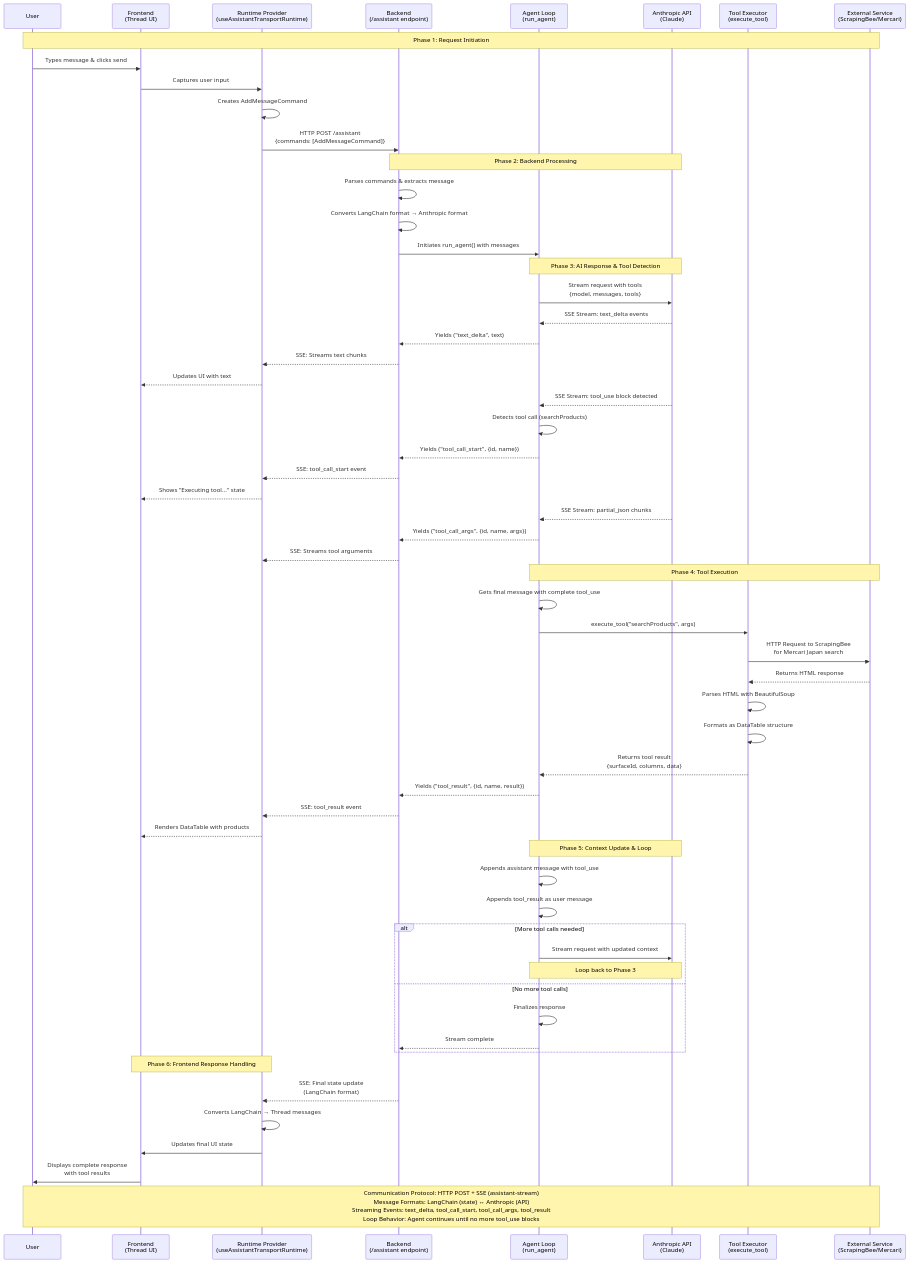
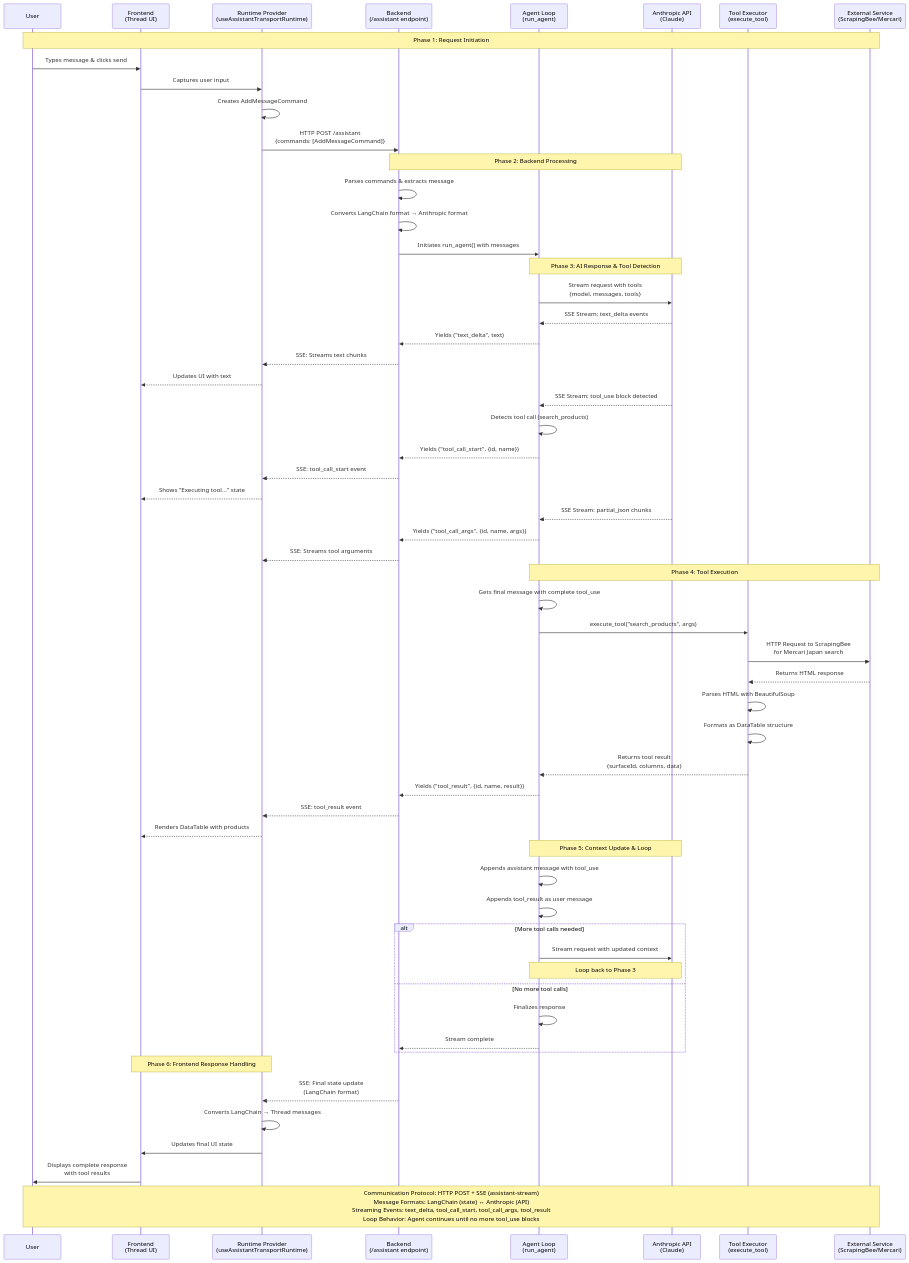
The diagram in docs/tool-call-sequence-diagram.md (anand-mekala-ur-ai/japanai-demo-app), drawn with Mermaid before and after one commit. The commit also changed other lines of this file and 10 other files, not shown here.

````diff
--- a/docs/tool-call-sequence-diagram.md
+++ b/docs/tool-call-sequence-diagram.md
@@ -21,71 +21,71 @@
 ```mermaid
 sequenceDiagram
     participant U as User
     participant FE as Frontend<br/>(Thread UI)
     participant RP as Runtime Provider<br/>(useAssistantTransportRuntime)
     participant BE as Backend<br/>(/assistant endpoint)
     participant AL as Agent Loop<br/>(run_agent)
     participant API as Anthropic API<br/>(Claude)
     participant TE as Tool Executor<br/>(execute_tool)
     participant ES as External Service<br/>(ScrapingBee/Mercari)
 
     Note over U,ES: Phase 1: Request Initiation
     U->>FE: Types message & clicks send
     FE->>RP: Captures user input
     RP->>RP: Creates AddMessageCommand
     RP->>BE: HTTP POST /assistant<br/>{commands: [AddMessageCommand]}
 
     Note over BE,API: Phase 2: Backend Processing
     BE->>BE: Parses commands & extracts message
     BE->>BE: Converts LangChain format → Anthropic format
     BE->>AL: Initiates run_agent() with messages
 
     Note over AL,API: Phase 3: AI Response & Tool Detection
     AL->>API: Stream request with tools<br/>{model, messages, tools}
     API-->>AL: SSE Stream: text_delta events
     AL-->>BE: Yields ("text_delta", text)
     BE-->>RP: SSE: Streams text chunks
     RP-->>FE: Updates UI with text
 
     API-->>AL: SSE Stream: tool_use block detected
-    AL->>AL: Detects tool call (searchProducts)
+    AL->>AL: Detects tool call (search_products)
     AL-->>BE: Yields ("tool_call_start", {id, name})
     BE-->>RP: SSE: tool_call_start event
     RP-->>FE: Shows "Executing tool..." state
 
     API-->>AL: SSE Stream: partial_json chunks
     AL-->>BE: Yields ("tool_call_args", {id, name, args})
     BE-->>RP: SSE: Streams tool arguments
 
     Note over AL,ES: Phase 4: Tool Execution
     AL->>AL: Gets final message with complete tool_use
-    AL->>TE: execute_tool("searchProducts", args)
+    AL->>TE: execute_tool("search_products", args)
     TE->>ES: HTTP Request to ScrapingBee<br/>for Mercari Japan search
     ES-->>TE: Returns HTML response
     TE->>TE: Parses HTML with BeautifulSoup
     TE->>TE: Formats as DataTable structure
     TE-->>AL: Returns tool result<br/>{surfaceId, columns, data}
     AL-->>BE: Yields ("tool_result", {id, name, result})
     BE-->>RP: SSE: tool_result event
     RP-->>FE: Renders DataTable with products
 
     Note over AL,API: Phase 5: Context Update & Loop
     AL->>AL: Appends assistant message with tool_use
     AL->>AL: Appends tool_result as user message
 
     alt More tool calls needed
         AL->>API: Stream request with updated context
         Note over AL,API: Loop back to Phase 3
     else No more tool calls
         AL->>AL: Finalizes response
         AL-->>BE: Stream complete
     end
 
     Note over RP,FE: Phase 6: Frontend Response Handling
     BE-->>RP: SSE: Final state update<br/>(LangChain format)
     RP->>RP: Converts LangChain → Thread messages
     RP->>FE: Updates final UI state
     FE->>U: Displays complete response<br/>with tool results
 
     Note over U,ES: Communication Protocol: HTTP POST + SSE (assistant-stream)<br/>Message Formats: LangChain (state) ↔ Anthropic (API)<br/>Streaming Events: text_delta, tool_call_start, tool_call_args, tool_result<br/>Loop Behavior: Agent continues until no more tool_use blocks
 ```
````
